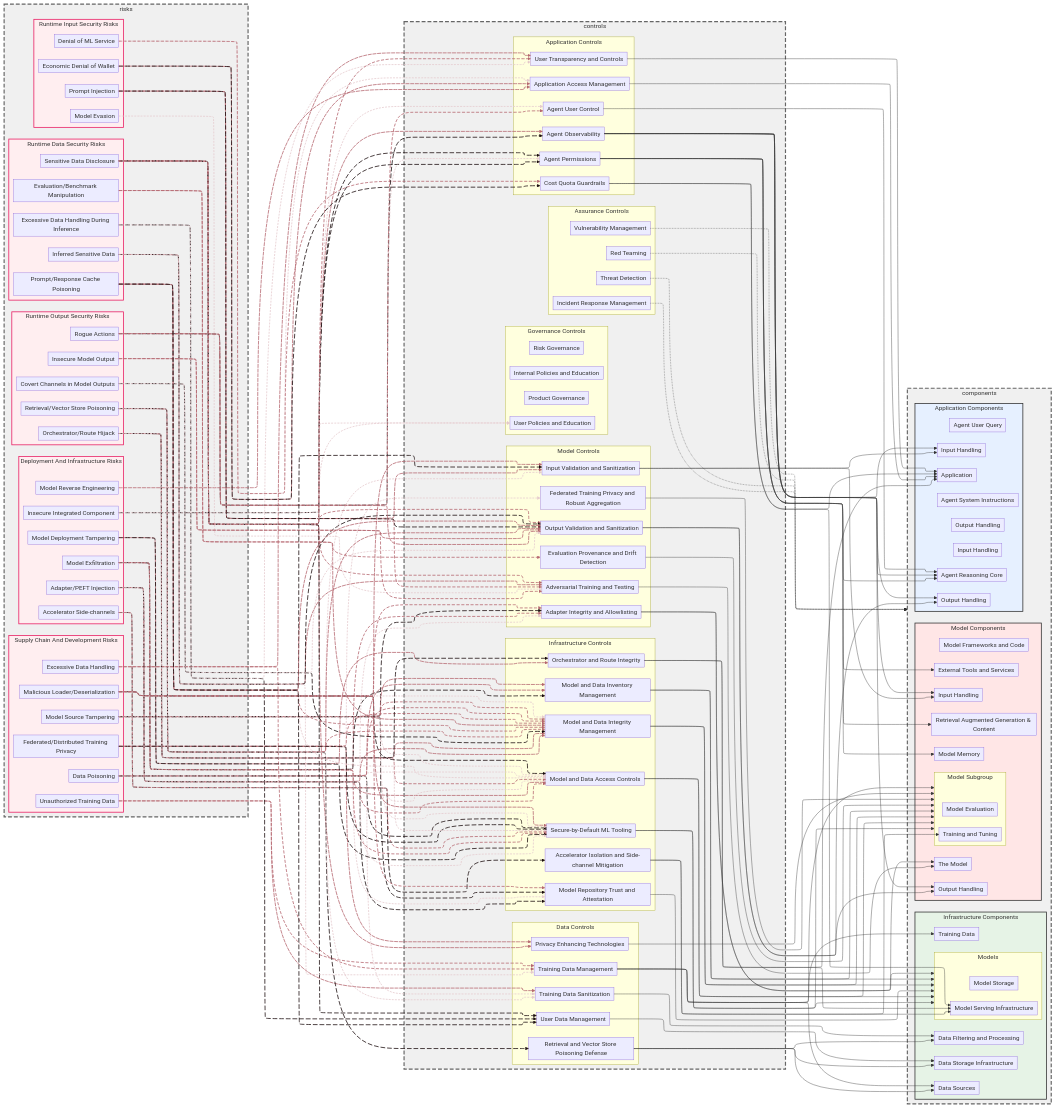
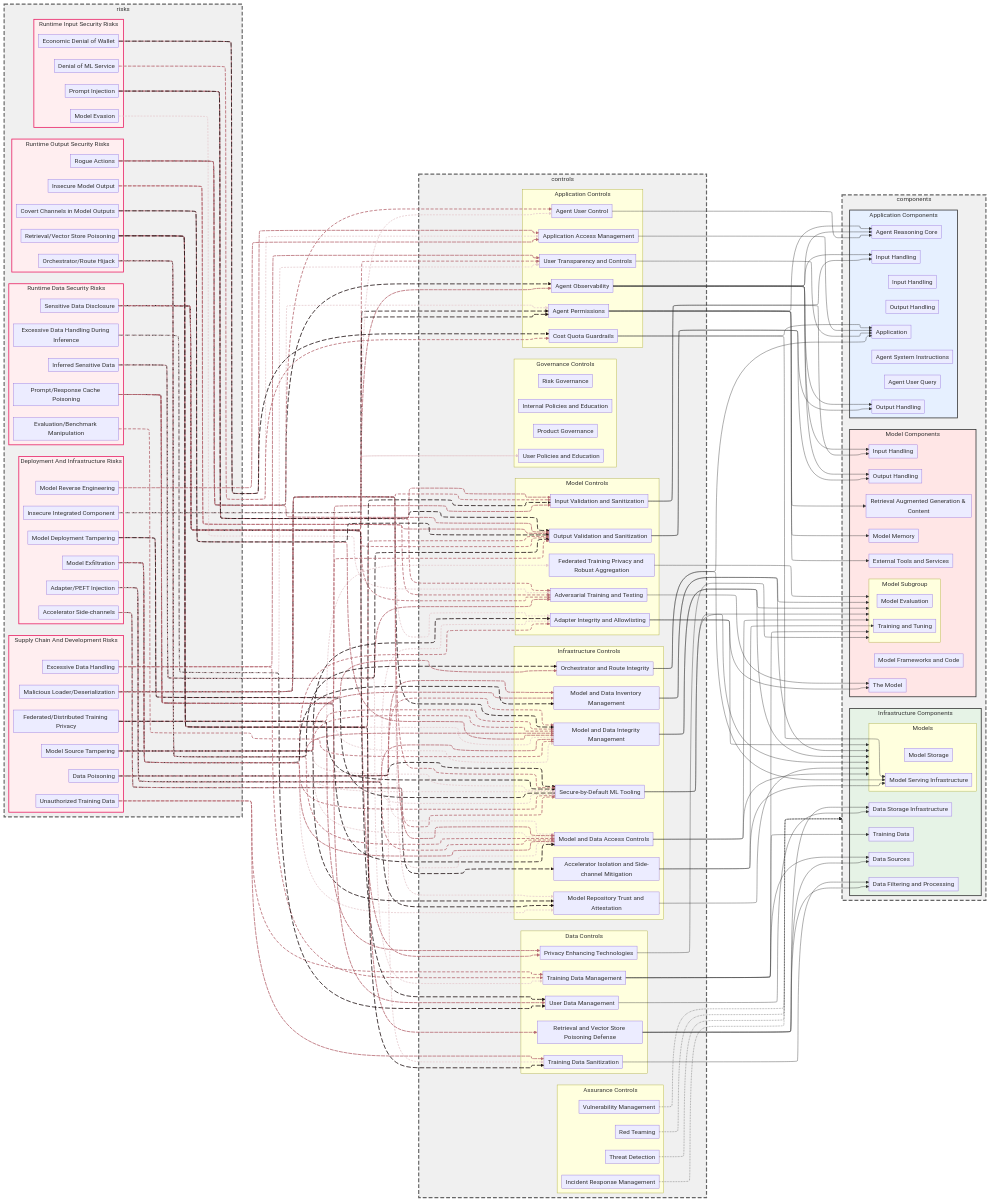
One commit to davidlabianca/secure-ai-tooling changed the diagram in risk-map/diagrams/controls-to-risk-graph.mermaid. Above: the diagram before and after it, drawn with Mermaid. The commit also changed 13 other files, not shown here.

First line of the commit message:
[Controls][Revert] Revert Addition of Evaluation Provenance and Drift Detection to `develop`

```diff
--- a/risk-map/diagrams/controls-to-risk-graph.mermaid
+++ b/risk-map/diagrams/controls-to-risk-graph.mermaid
@@ -77,7 +77,6 @@
     subgraph controlsModel ["Model Controls"]
         controlAdapterIntegrityAndAllowlisting[Adapter Integrity and Allowlisting]
         controlAdversarialTrainingAndTesting[Adversarial Training and Testing]
-        controlEvaluationProvenanceAndDriftDetection[Evaluation Provenance and Drift Detection]
         controlFederatedTrainingPrivacyAndRobustAggregation[Federated Training Privacy and Robust Aggregation]
         controlInputValidationAndSanitization[Input Validation and Sanitization]
         controlOutputValidationAndSanitization[Output Validation and Sanitization]
@@ -218,7 +217,6 @@
     ORH --> controlModelAndDataIntegrityManagement
     ORH --> controlOrchestratorAndRouteIntegrity
     ORH --> controlSecureByDefaultMLTooling
-    EBM --> controlEvaluationProvenanceAndDriftDetection
     EBM --> controlModelAndDataIntegrityManagement
     COV --> controlModelAndDataIntegrityManagement
     COV --> controlOutputValidationAndSanitization
@@ -288,10 +286,9 @@
     controlModelRepositoryTrustAndAttestation --> componentsModels
     controlCostQuotaGuardrails --> componentApplication
     controlCostQuotaGuardrails --> componentModelServing
-    controlEvaluationProvenanceAndDriftDetection --> componentsModelSubgroup
 
     %% Edge styling
-    linkStyle 0,4,8,12,16,20,24,28,32,36,40,44,48,52,56,60,64,68,72,76,80,84,88 stroke:#e6cbce,stroke-width:2px,stroke-dasharray: 5 3
+    linkStyle 0,4,8,12,16,20,24,28,32,36,40,44,48,52,56,60,64,68,72,76,80,84 stroke:#e6cbce,stroke-width:2px,stroke-dasharray: 5 3
     linkStyle 1,5,9,13,17,21,25,29,33,37,41,45,49,53,57,61,65,69,73,77,81,85 stroke:#b66871,stroke-width:2px,stroke-dasharray: 8 4
     linkStyle 2,6,10,14,18,22,26,30,34,38,42,46,50,54,58,62,66,70,74,78,82,86 stroke:#b66871,stroke-width:2px,stroke-dasharray: 10 2
     linkStyle 3,7,11,15,19,23,27,31,35,39,43,47,51,55,59,63,67,71,75,79,83,87 stroke:#1c0d0f,stroke-width:2px,stroke-dasharray: 12 5
```
